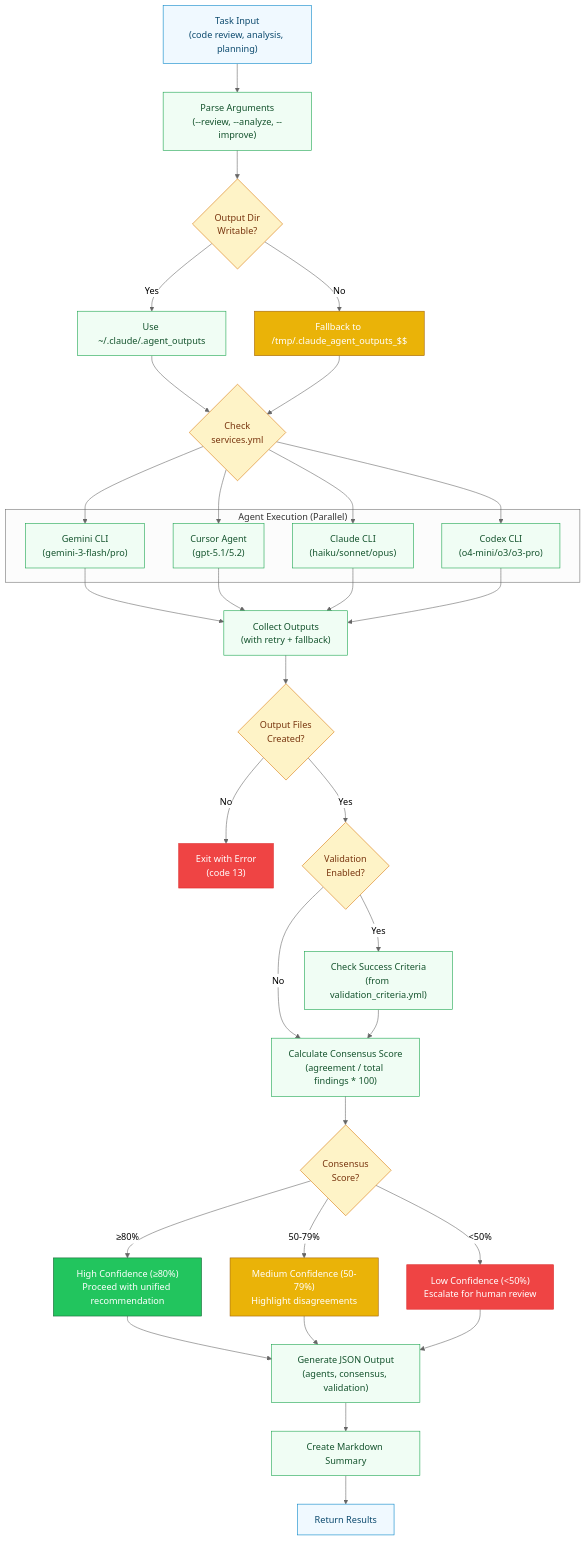
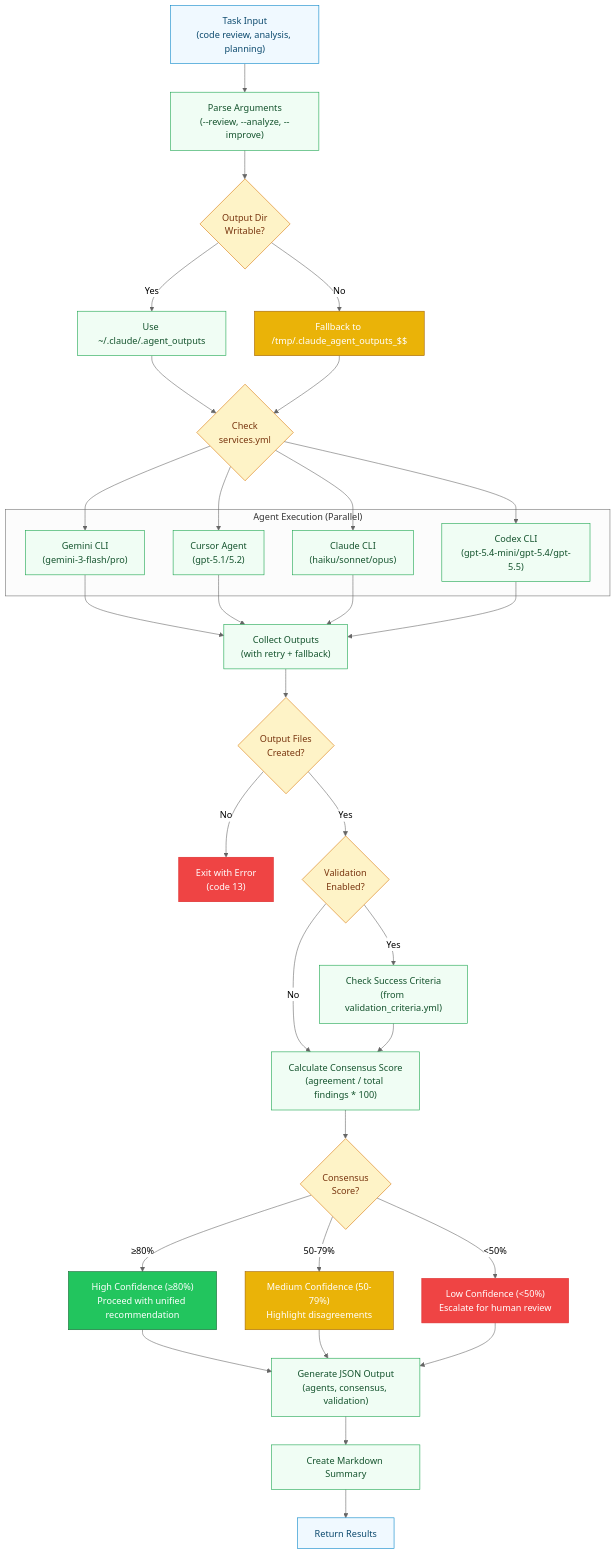
The sixth of 15 diagrams in docs/ARCHITECTURE_DIAGRAMS.md (RB-chrismandich/Manifest), drawn with Mermaid before and after one commit. The commit also changed other lines of this file and 10 other files, not shown here.

```diff
--- a/docs/ARCHITECTURE_DIAGRAMS.md
+++ b/docs/ARCHITECTURE_DIAGRAMS.md
@@ -536,7 +536,7 @@
         GEMINI_EXEC["Gemini CLI<br/>(gemini-3-flash/pro)"]:::process
         CURSOR_EXEC["Cursor Agent<br/>(gpt-5.1/5.2)"]:::process
         CLAUDE_EXEC["Claude CLI<br/>(haiku/sonnet/opus)"]:::process
-        CODEX_EXEC["Codex CLI<br/>(o4-mini/o3/o3-pro)"]:::process
+        CODEX_EXEC["Codex CLI<br/>(gpt-5.4-mini/gpt-5.4/gpt-5.5)"]:::process
     end
 
     COLLECT["Collect Outputs<br/>(with retry + fallback)"]:::process
```
